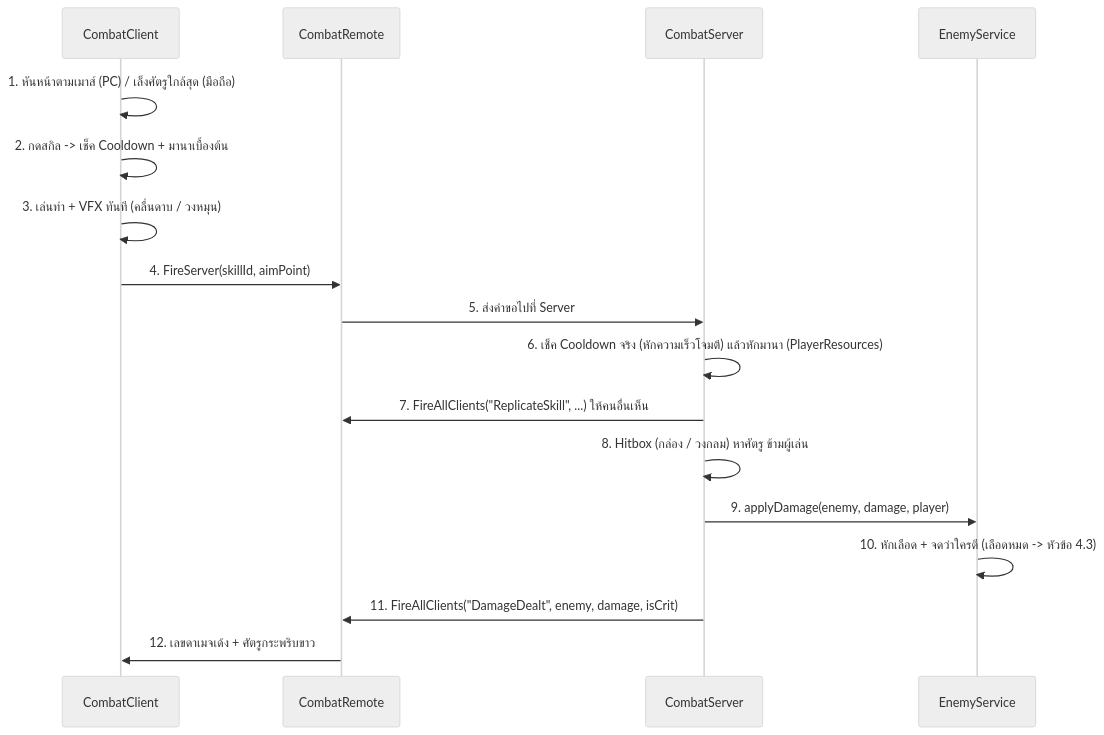
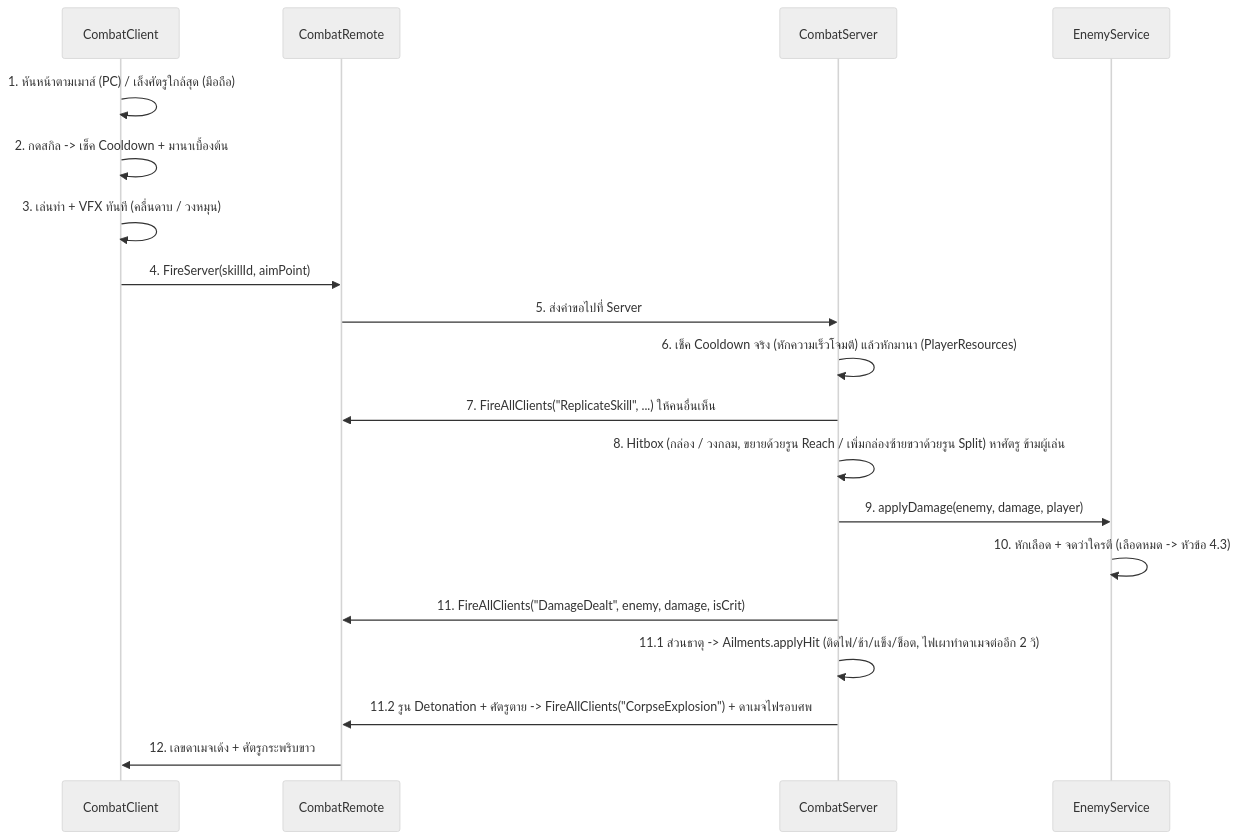
One commit to Weerapap3006/POE-ROBLOX changed the first of 2 diagrams in ARCHITECTURE.md. Above: the diagram before and after it, drawn with Mermaid (neutral theme). The commit also changed other lines of this file and 17 other files, not shown here.

````diff
--- a/ARCHITECTURE.md
+++ b/ARCHITECTURE.md
@@ -313,20 +358,22 @@
 ```mermaid
 sequenceDiagram
     participant C as CombatClient
     participant R as CombatRemote
     participant S as CombatServer
     participant E as EnemyService
 
     C->>C: 1. หันหน้าตามเมาส์ (PC) / เล็งศัตรูใกล้สุด (มือถือ)
     C->>C: 2. กดสกิล -> เช็ค Cooldown + มานาเบื้องต้น
     C->>C: 3. เล่นท่า + VFX ทันที (คลื่นดาบ / วงหมุน)
     C->>R: 4. FireServer(skillId, aimPoint)
     R->>S: 5. ส่งคำขอไปที่ Server
     S->>S: 6. เช็ค Cooldown จริง (หักความเร็วโจมตี) แล้วหักมานา (PlayerResources)
     S->>R: 7. FireAllClients("ReplicateSkill", ...) ให้คนอื่นเห็น
-    S->>S: 8. Hitbox (กล่อง / วงกลม) หาศัตรู ข้ามผู้เล่น
+    S->>S: 8. Hitbox (กล่อง / วงกลม, ขยายด้วยรูน Reach / เพิ่มกล่องซ้ายขวาด้วยรูน Split) หาศัตรู ข้ามผู้เล่น
     S->>E: 9. applyDamage(enemy, damage, player)
     E->>E: 10. หักเลือด + จดว่าใครตี (เลือดหมด -> หัวข้อ 4.3)
     S->>R: 11. FireAllClients("DamageDealt", enemy, damage, isCrit)
+    S->>S: 11.1 ส่วนธาตุ -> Ailments.applyHit (ติดไฟ/ช้า/แข็ง/ช็อต, ไฟเผาทำดาเมจต่ออีก 2 วิ)
+    S->>R: 11.2 รูน Detonation + ศัตรูตาย -> FireAllClients("CorpseExplosion") + ดาเมจไฟรอบศพ
     R->>C: 12. เลขดาเมจเด้ง + ศัตรูกระพริบขาว
 ```
````
